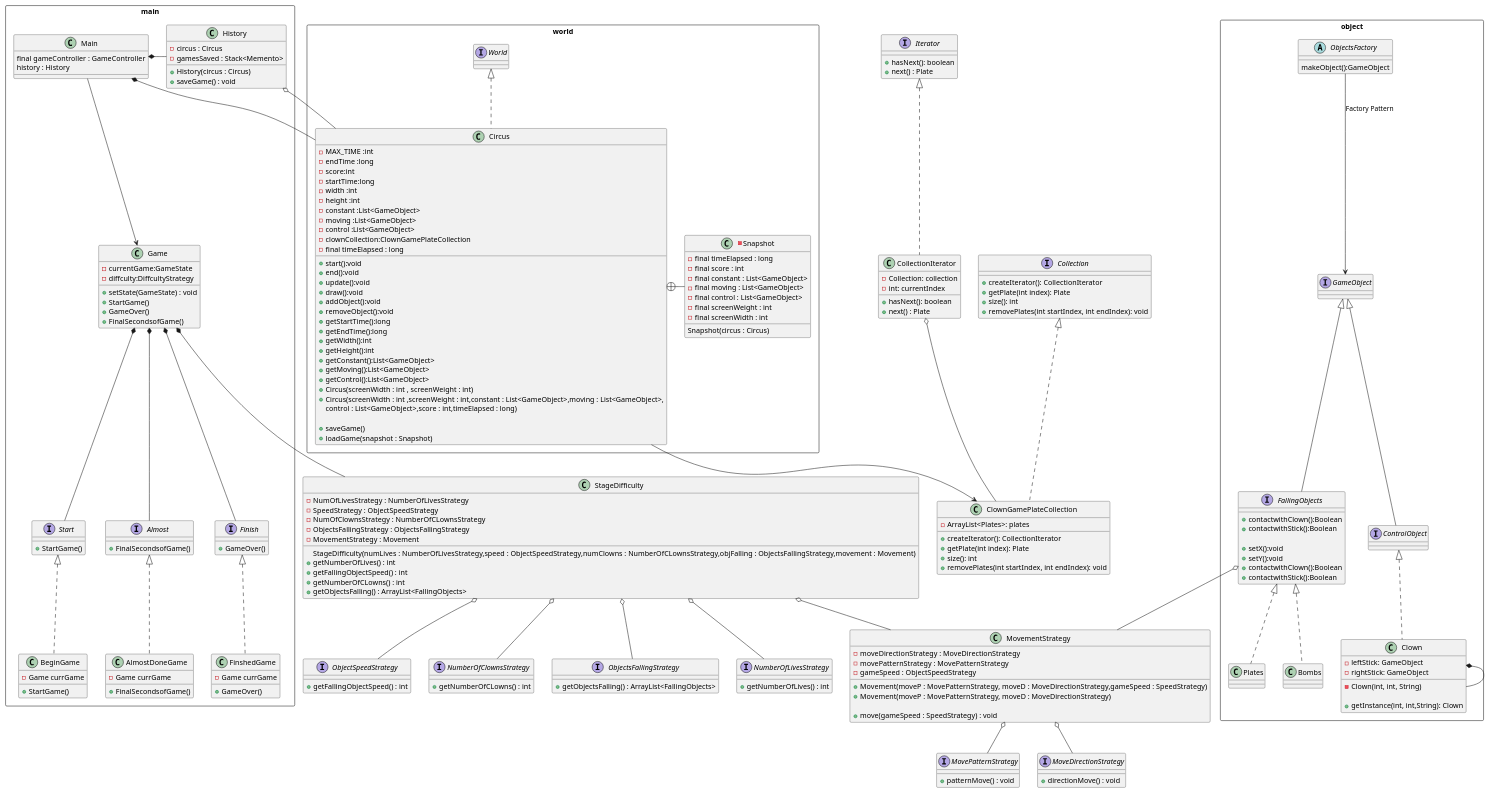
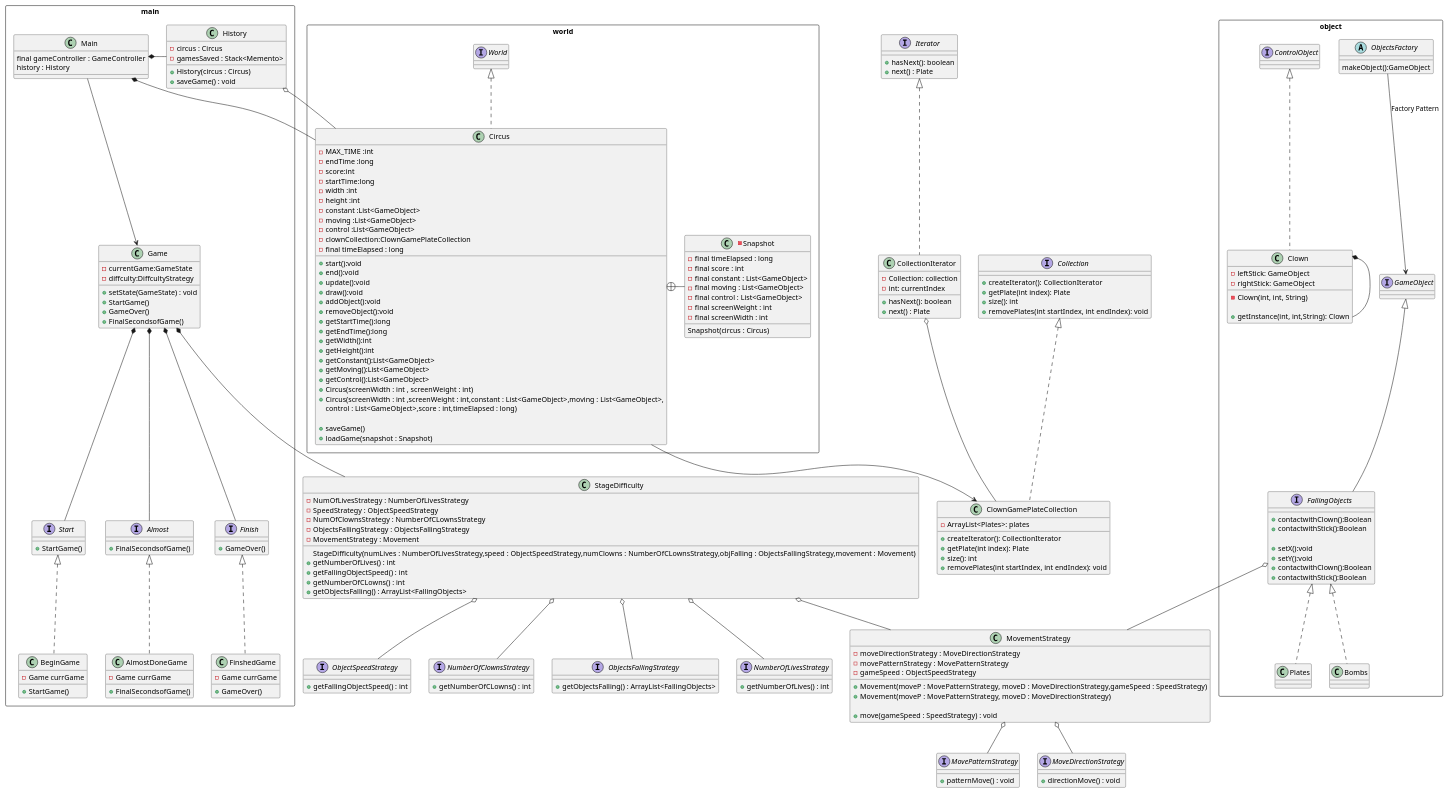
Before and after one commit to shadyalattarr/Circus-of-Plates: the diagram in UML/Game.wsd, drawn with PlantUML. The commit also changed 25 other files, not shown here.

```diff
--- a/UML/Game.wsd
+++ b/UML/Game.wsd
@@ -32,7 +32,6 @@
 
 class Clown implements ControlObject{}
 Clown *- Clown
-interface ControlObject implements GameObject{}
 
 
 
```
